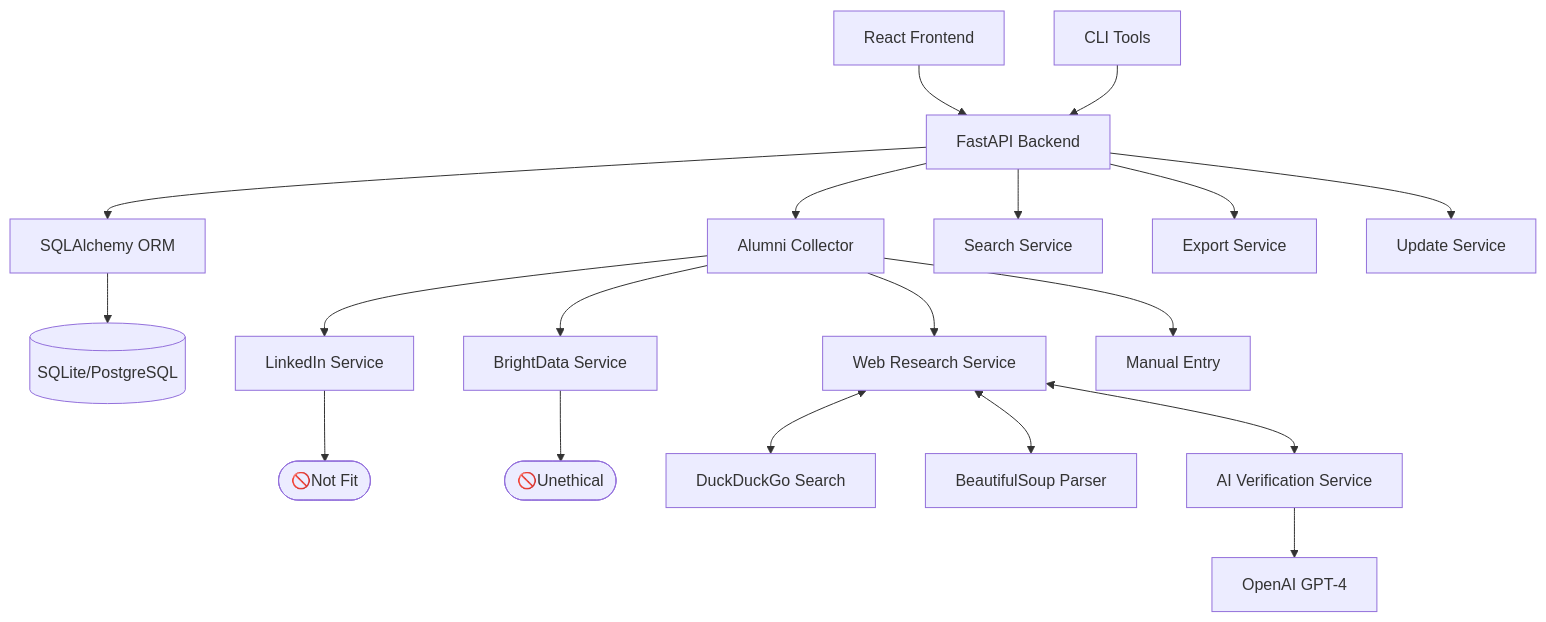
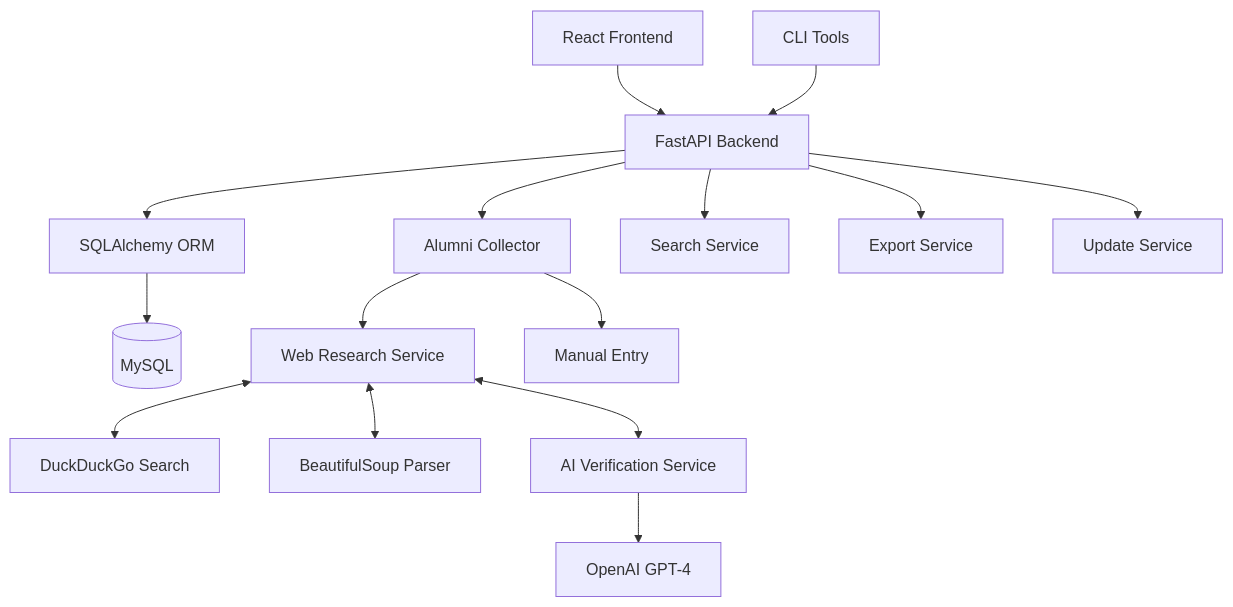
The first of 17 diagrams in DOCUMENTATION.md (MananiDennis/alumniSystem), drawn with Mermaid before and after one commit. The commit also changed other lines of this file and 5 other files, not shown here.

````diff
--- a/DOCUMENTATION.md
+++ b/DOCUMENTATION.md
@@ -12,26 +12,22 @@
 ```mermaid
 graph TB
     A[React Frontend] --> B[FastAPI Backend]
     B --> C[SQLAlchemy ORM]
-    C --> D[(SQLite/PostgreSQL)]
+    C --> D[(MySQL)]
     
     B --> E[Alumni Collector]
     E --> F[Web Research Service]
-    E --> G[BrightData Service]
-    E --> L[LinkedIn Service]
-    L --> NotFit(["🚫Not Fit"])
-    G --> X(["🚫Unethical"])
-    E --> H[Manual Entry]
+    E --> G[Manual Entry]
     
-    F <--> I[DuckDuckGo Search]
-    F <--> J[BeautifulSoup Parser]
-    F <--> K[AI Verification Service]
+    F <--> H[DuckDuckGo Search]
+    F <--> I[BeautifulSoup Parser]
+    F <--> J[AI Verification Service]
     
-    K --> OpenAI[OpenAI GPT-4]
+    J --> OpenAI[OpenAI GPT-4]
     
-    B --> M[Search Service]
-    B --> N[Export Service]
-    B --> O[Update Service]
+    B --> K[Search Service]
+    B --> L[Export Service]
+    B --> M[Update Service]
     
-    P[CLI Tools] --> B
+    N[CLI Tools] --> B
 ```
````
